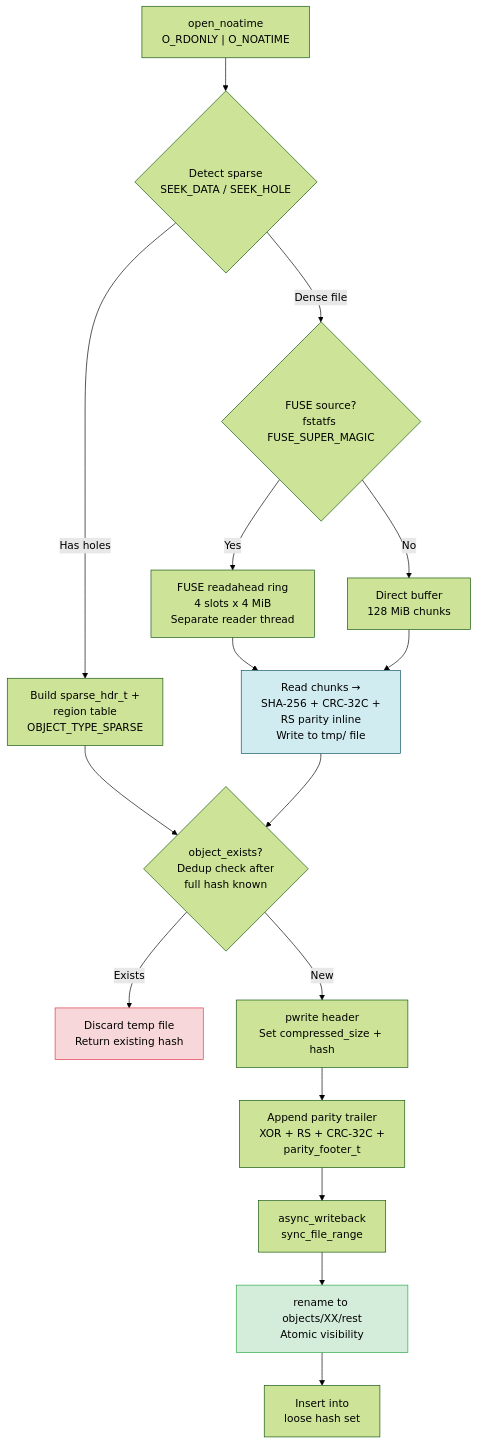
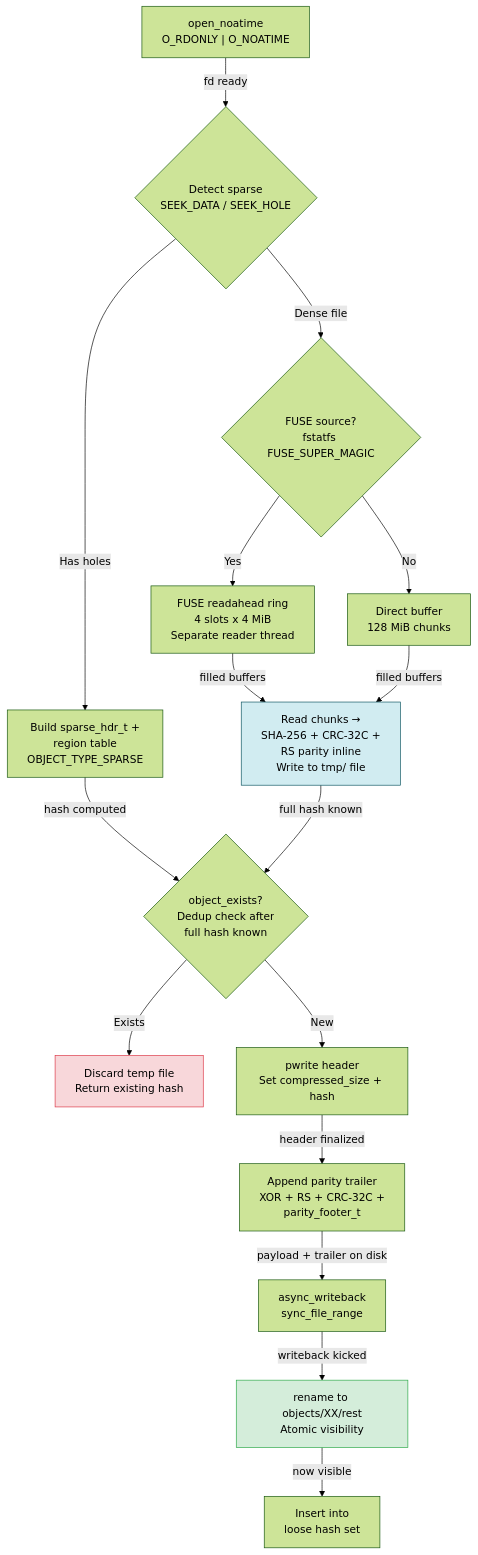
Before and after one commit to vifair22/c-backup: the third of 5 diagrams in manual.md, drawn with Mermaid (forest theme). The commit also changed other lines of this file and 11 other files, not shown here.

````diff
--- a/manual.md
+++ b/manual.md
@@ -1104,32 +1104,32 @@
 ```mermaid
 flowchart TD
     OPEN["open_noatime<br/>O_RDONLY | O_NOATIME"]
     SPARSE{"Detect sparse<br/>SEEK_DATA / SEEK_HOLE"}
 
-    OPEN --> SPARSE
+    OPEN -->|fd ready| SPARSE
 
     SPARSE -- "Has holes" --> SPARSE_STORE["Build sparse_hdr_t +<br/>region table<br/>OBJECT_TYPE_SPARSE"]
     SPARSE -- "Dense file" --> FUSE_CHECK{"FUSE source?<br/>fstatfs FUSE_SUPER_MAGIC"}
 
     FUSE_CHECK -- "Yes" --> RING["FUSE readahead ring<br/>4 slots x 4 MiB<br/>Separate reader thread"]
     FUSE_CHECK -- "No" --> DIRECT["Direct buffer<br/>128 MiB chunks"]
 
     STREAM["Read chunks →<br/>SHA-256 + CRC-32C +<br/>RS parity inline<br/>Write to tmp/ file"]
 
-    RING --> STREAM
-    DIRECT --> STREAM
-    SPARSE_STORE --> DEDUP
+    RING -->|filled buffers| STREAM
+    DIRECT -->|filled buffers| STREAM
+    SPARSE_STORE -->|hash computed| DEDUP
 
-    STREAM --> DEDUP{"object_exists?<br/>Dedup check after<br/>full hash known"}
+    STREAM -->|full hash known| DEDUP{"object_exists?<br/>Dedup check after<br/>full hash known"}
 
     DEDUP -- "Exists" --> DISCARD["Discard temp file<br/>Return existing hash"]
     DEDUP -- "New" --> PATCH["pwrite header<br/>Set compressed_size + hash"]
-    PATCH --> PARITY["Append parity trailer<br/>XOR + RS + CRC-32C +<br/>parity_footer_t"]
-    PARITY --> ASYNC["async_writeback<br/>sync_file_range"]
-    ASYNC --> RENAME["rename to objects/XX/rest<br/>Atomic visibility"]
-    RENAME --> LOOSE["Insert into<br/>loose hash set"]
+    PATCH -->|header finalized| PARITY["Append parity trailer<br/>XOR + RS + CRC-32C +<br/>parity_footer_t"]
+    PARITY -->|payload + trailer on disk| ASYNC["async_writeback<br/>sync_file_range"]
+    ASYNC -->|writeback kicked| RENAME["rename to objects/XX/rest<br/>Atomic visibility"]
+    RENAME -->|now visible| LOOSE["Insert into<br/>loose hash set"]
 
     style DISCARD fill:#f8d7da,stroke:#dc3545
     style RENAME fill:#d4edda,stroke:#28a745
     style STREAM fill:#d1ecf1,stroke:#0c5460
 ```
````
